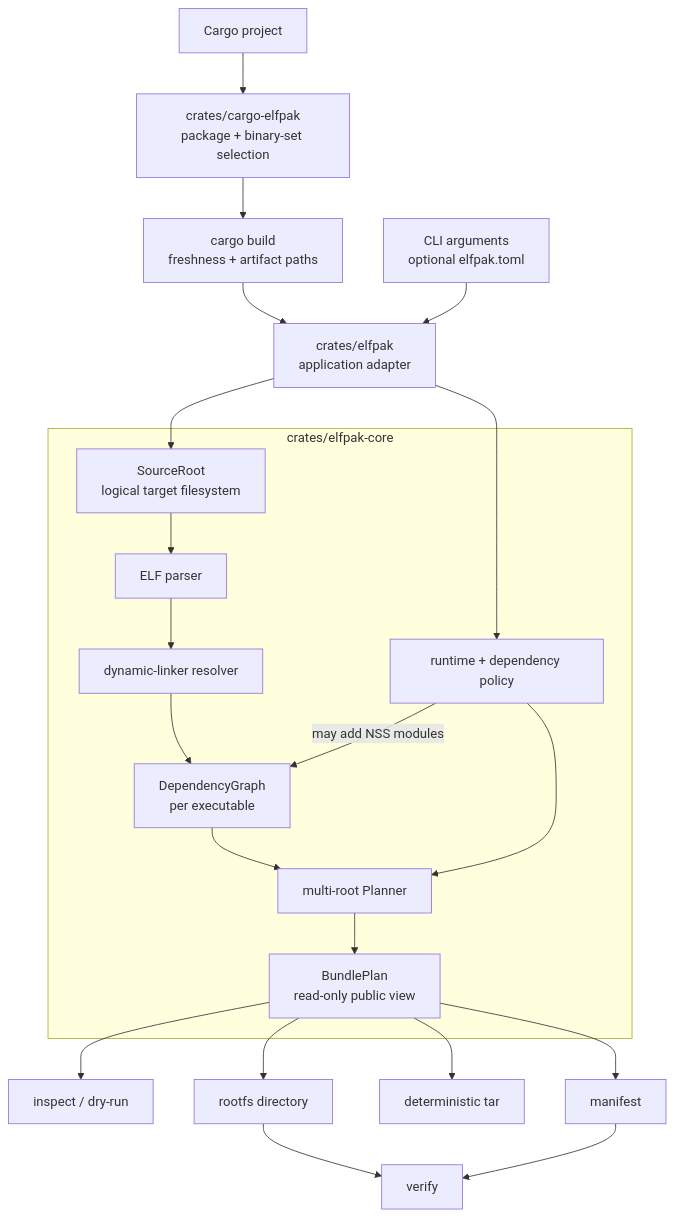
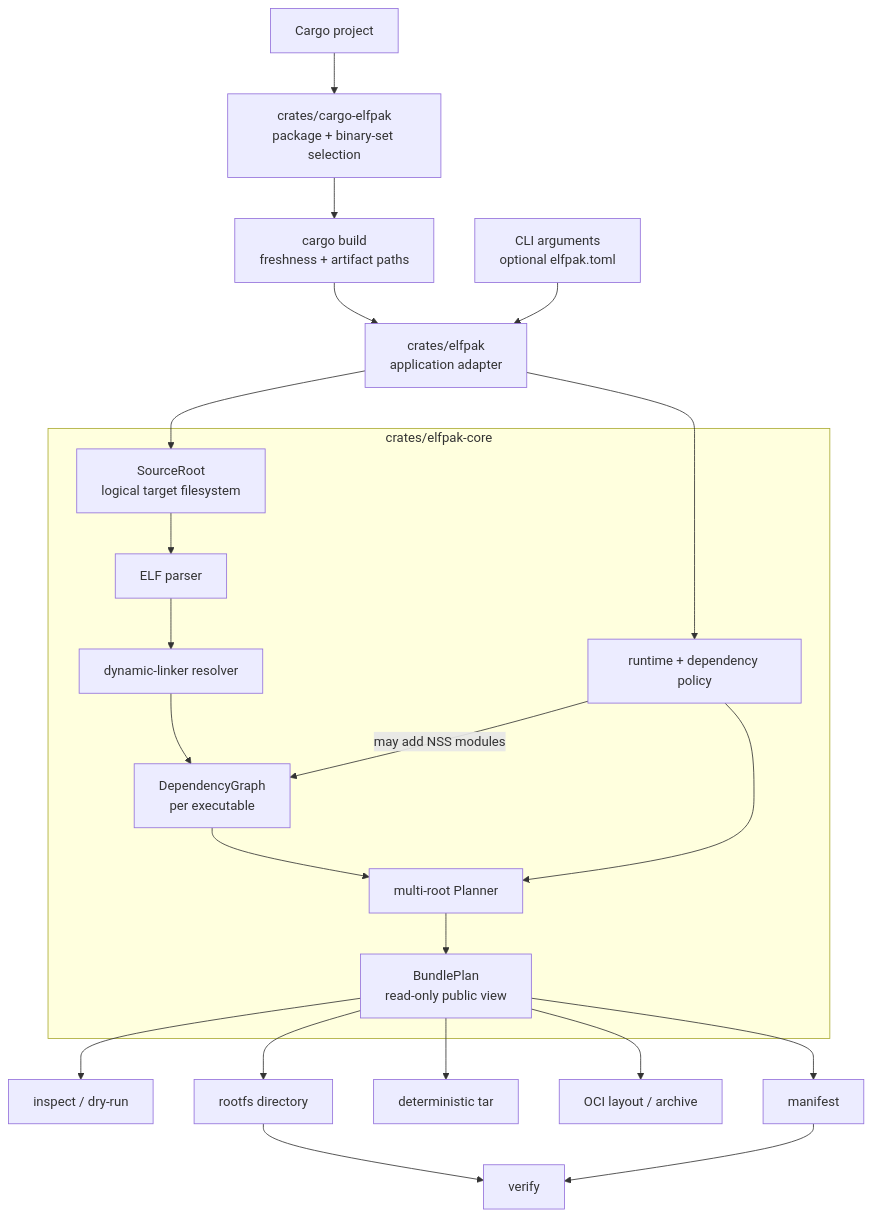
Before and after one commit to asaaki/elfpak: the diagram in ARCHITECTURE.md, drawn with Mermaid. The commit also changed other lines of this file and 25 other files, not shown here.

````diff
--- a/ARCHITECTURE.md
+++ b/ARCHITECTURE.md
@@ -10,26 +10,27 @@
 ```mermaid
 flowchart TB
     CargoProject["Cargo project"] --> CargoAdapter["crates/cargo-elfpak<br/>package + binary-set selection"]
     CargoAdapter --> CargoBuild["cargo build<br/>freshness + artifact paths"]
     CargoBuild --> Adapter
     Inputs["CLI arguments<br/>optional elfpak.toml"] --> Adapter["crates/elfpak<br/>application adapter"]
 
     subgraph Core["crates/elfpak-core"]
         Source["SourceRoot<br/>logical target filesystem"] --> Elf["ELF parser"]
         Elf --> Resolver["dynamic-linker resolver"]
         Resolver --> Graphs["DependencyGraph<br/>per executable"]
         Policy["runtime + dependency policy"] -->|"may add NSS modules"| Graphs
         Graphs --> Planner["multi-root Planner"]
         Policy --> Planner
         Planner --> Plan["BundlePlan<br/>read-only public view"]
     end
 
     Adapter --> Source
     Adapter --> Policy
     Plan --> Inspect["inspect / dry-run"]
     Plan --> Rootfs["rootfs directory"]
     Plan --> Tar["deterministic tar"]
+    Plan --> OCI["OCI layout / archive"]
     Plan --> Manifest["manifest"]
     Rootfs --> Verify["verify"]
     Manifest --> Verify
 ```
````
